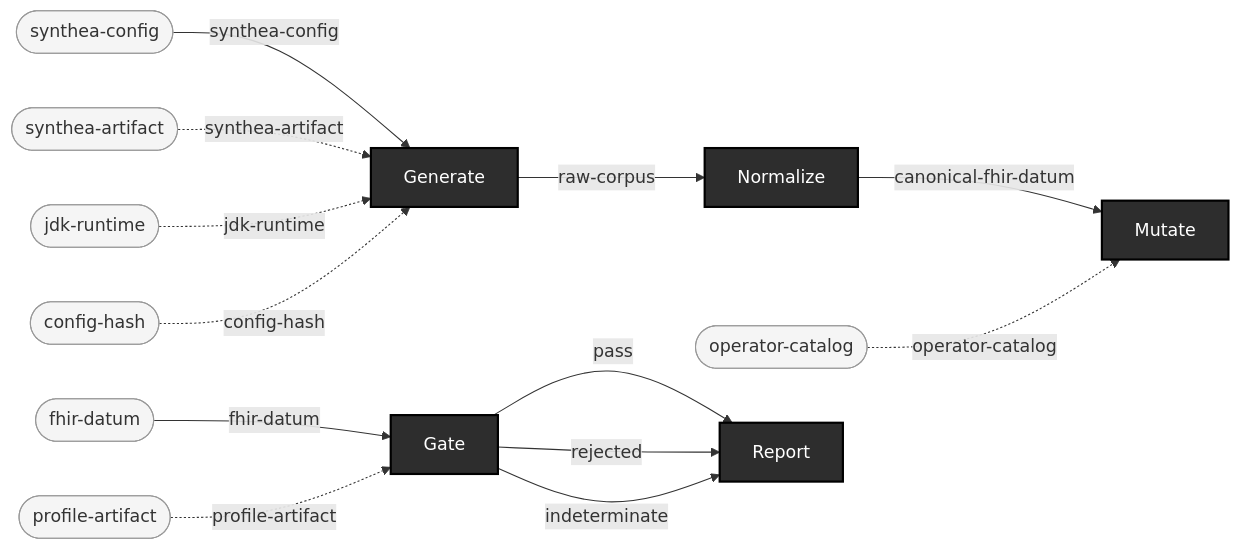
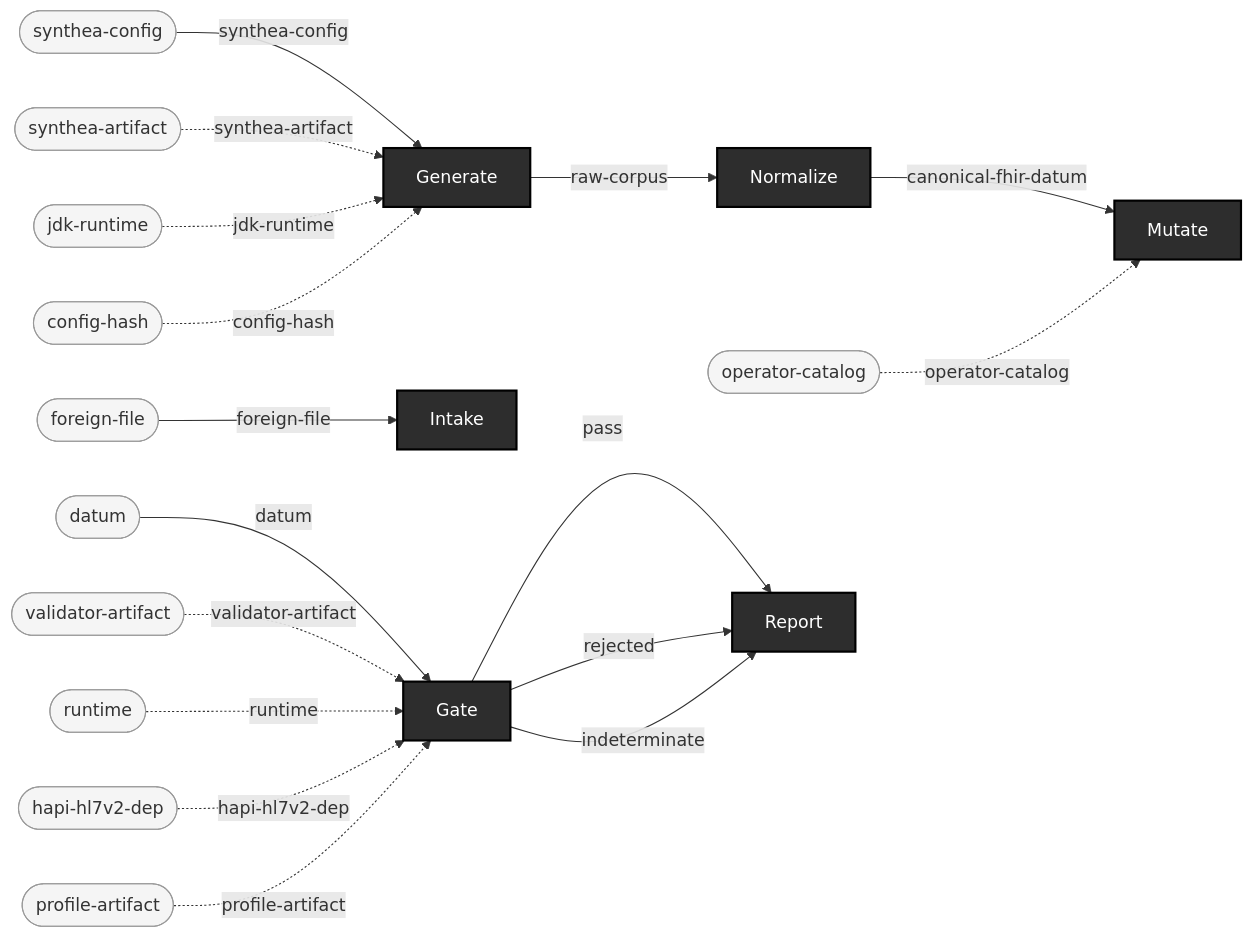
The diagram in docs/pipeline.md (pragsmike/ehr-testing-tools), drawn with Mermaid before and after one commit. The commit also changed other lines of this file and 9 other files, not shown here.

````diff
--- a/docs/pipeline.md
+++ b/docs/pipeline.md
@@ -24,60 +23,76 @@
 ```mermaid
 flowchart LR
 
     %% --- Source types (raw inputs, not produced by any operation) ---
     config_hash(["config-hash"])
-    fhir_datum(["fhir-datum"])
+    datum(["datum"])
+    foreign_file(["foreign-file"])
+    hapi_hl7v2_dep(["hapi-hl7v2-dep"])
     jdk_runtime(["jdk-runtime"])
     operator_catalog(["operator-catalog"])
     profile_artifact(["profile-artifact"])
+    runtime(["runtime"])
     synthea_artifact(["synthea-artifact"])
     synthea_config(["synthea-config"])
+    validator_artifact(["validator-artifact"])
 
     %% --- Operations (boxes; spiders use distinct shapes) ---
     Generate["Generate"]
     Normalize["Normalize"]
     Mutate["Mutate"]
+    Intake["Intake"]
     Gate["Gate"]
     Report["Report"]
 
     %% --- Wires (typed connections) ---
     %% Arrow 1: Generate
     synthea_config -- synthea-config --> Generate
     synthea_artifact -. synthea-artifact .-> Generate
     jdk_runtime -. jdk-runtime .-> Generate
     config_hash -. config-hash .-> Generate
 
     %% Arrow 2: Normalize
     Generate -- raw-corpus --> Normalize
 
     %% Arrow 3: Mutate
     Normalize -- canonical-fhir-datum --> Mutate
     operator_catalog -. operator-catalog .-> Mutate
 
+    %% Arrow 4: Intake
+    foreign_file -- foreign-file --> Intake
+
     %% Arrow 5: Gate
-    fhir_datum -- fhir-datum --> Gate
+    datum -- datum --> Gate
+    validator_artifact -. validator-artifact .-> Gate
+    runtime -. runtime .-> Gate
+    hapi_hl7v2_dep -. hapi-hl7v2-dep .-> Gate
     profile_artifact -. profile-artifact .-> Gate
 
-    %% Arrow 7: Report
+    %% Arrow 6: Report
     Gate -- pass --> Report
     Gate -- rejected --> Report
     Gate -- indeterminate --> Report
 
     %% --- Styling ---
 
     %% Operations: dark boxes (fan=blue, funnel=green, enrichment=outlined, gate=purple)
     style Generate fill:#2d2d2d,stroke:#000,color:#fff,stroke-width:2px
     style Normalize fill:#2d2d2d,stroke:#000,color:#fff,stroke-width:2px
     style Mutate fill:#2d2d2d,stroke:#000,color:#fff,stroke-width:2px
+    style Intake fill:#2d2d2d,stroke:#000,color:#fff,stroke-width:2px
     style Gate fill:#2d2d2d,stroke:#000,color:#fff,stroke-width:2px
     style Report fill:#2d2d2d,stroke:#000,color:#fff,stroke-width:2px
 
     %% Source types: light rounded
     style config_hash fill:#f5f5f5,stroke:#999,color:#333
-    style fhir_datum fill:#f5f5f5,stroke:#999,color:#333
+    style datum fill:#f5f5f5,stroke:#999,color:#333
+    style foreign_file fill:#f5f5f5,stroke:#999,color:#333
+    style hapi_hl7v2_dep fill:#f5f5f5,stroke:#999,color:#333
     style jdk_runtime fill:#f5f5f5,stroke:#999,color:#333
     style operator_catalog fill:#f5f5f5,stroke:#999,color:#333
     style profile_artifact fill:#f5f5f5,stroke:#999,color:#333
+    style runtime fill:#f5f5f5,stroke:#999,color:#333
     style synthea_artifact fill:#f5f5f5,stroke:#999,color:#333
     style synthea_config fill:#f5f5f5,stroke:#999,color:#333
+    style validator_artifact fill:#f5f5f5,stroke:#999,color:#333
 ```
````
